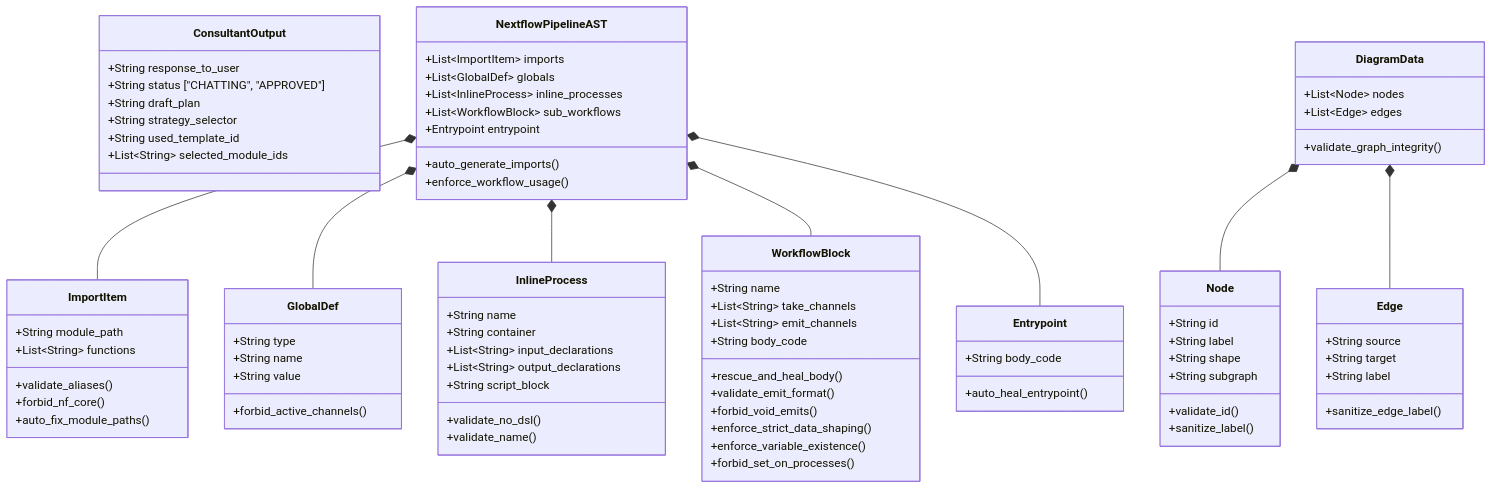
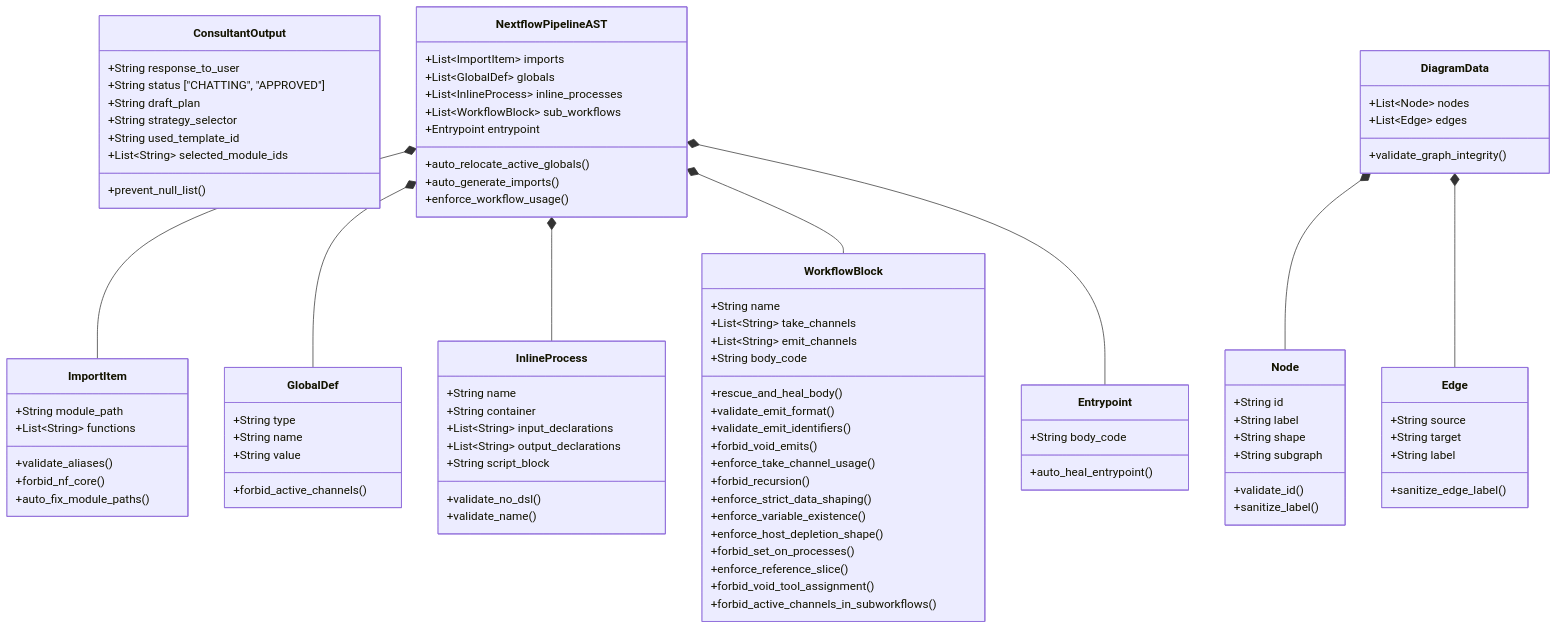
The diagram in app/models/README.md (Tsailgan/izs-llm), drawn with Mermaid before and after one commit. The commit also changed other lines of this file and 2 other files, not shown here.

```diff
--- a/app/models/README.md
+++ b/app/models/README.md
@@ -16,6 +16,7 @@
         +String strategy_selector
         +String used_template_id
         +List~String~ selected_module_ids
+        +prevent_null_list()
     }
     
     %% Architect AST Models
@@ -31,6 +32,7 @@
         +List~InlineProcess~ inline_processes
         +List~WorkflowBlock~ sub_workflows
         +Entrypoint entrypoint
+        +auto_relocate_active_globals()
         +auto_generate_imports()
         +enforce_workflow_usage()
     }
@@ -41,10 +43,17 @@
         +String body_code
         +rescue_and_heal_body()
         +validate_emit_format()
+        +validate_emit_identifiers()
         +forbid_void_emits()
+        +enforce_take_channel_usage()
+        +forbid_recursion()
         +enforce_strict_data_shaping()
         +enforce_variable_existence()
+        +enforce_host_depletion_shape()
         +forbid_set_on_processes()
+        +enforce_reference_slice()
+        +forbid_void_tool_assignment()
+        +forbid_active_channels_in_subworkflows()
     }
     class ImportItem {
         +String module_path
```
